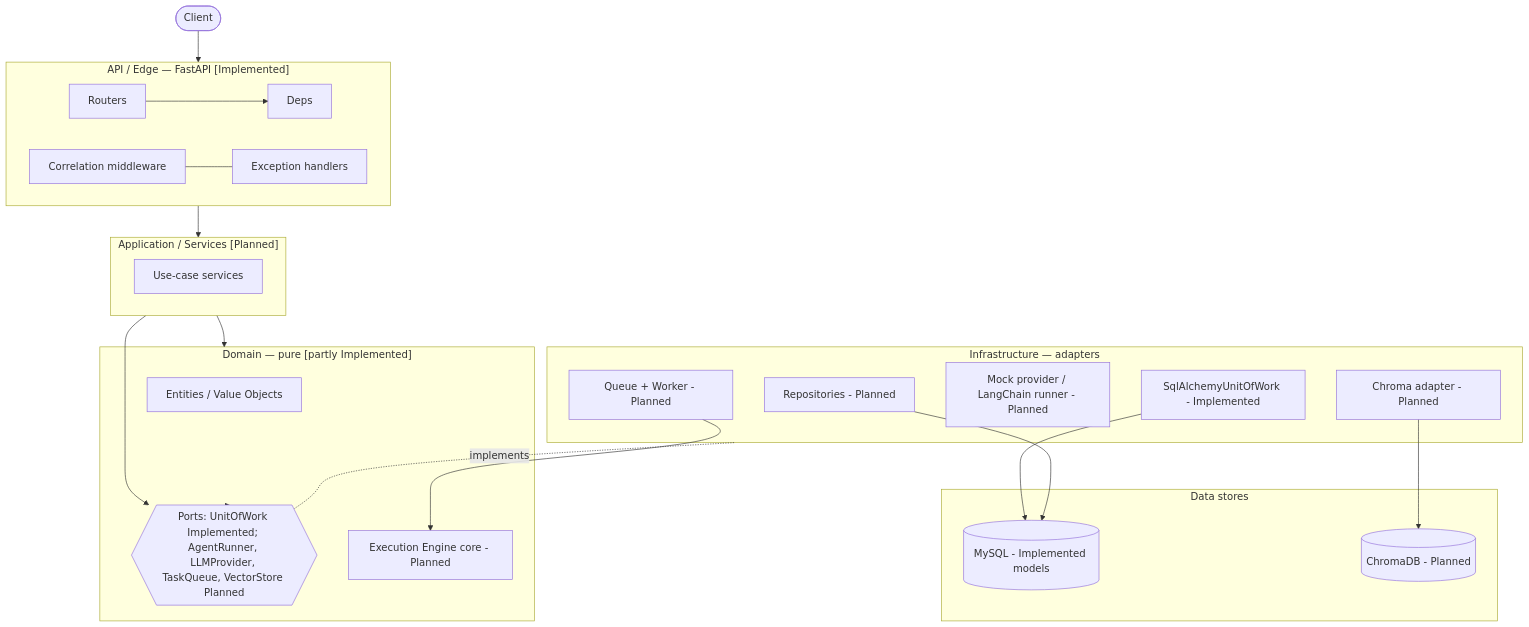
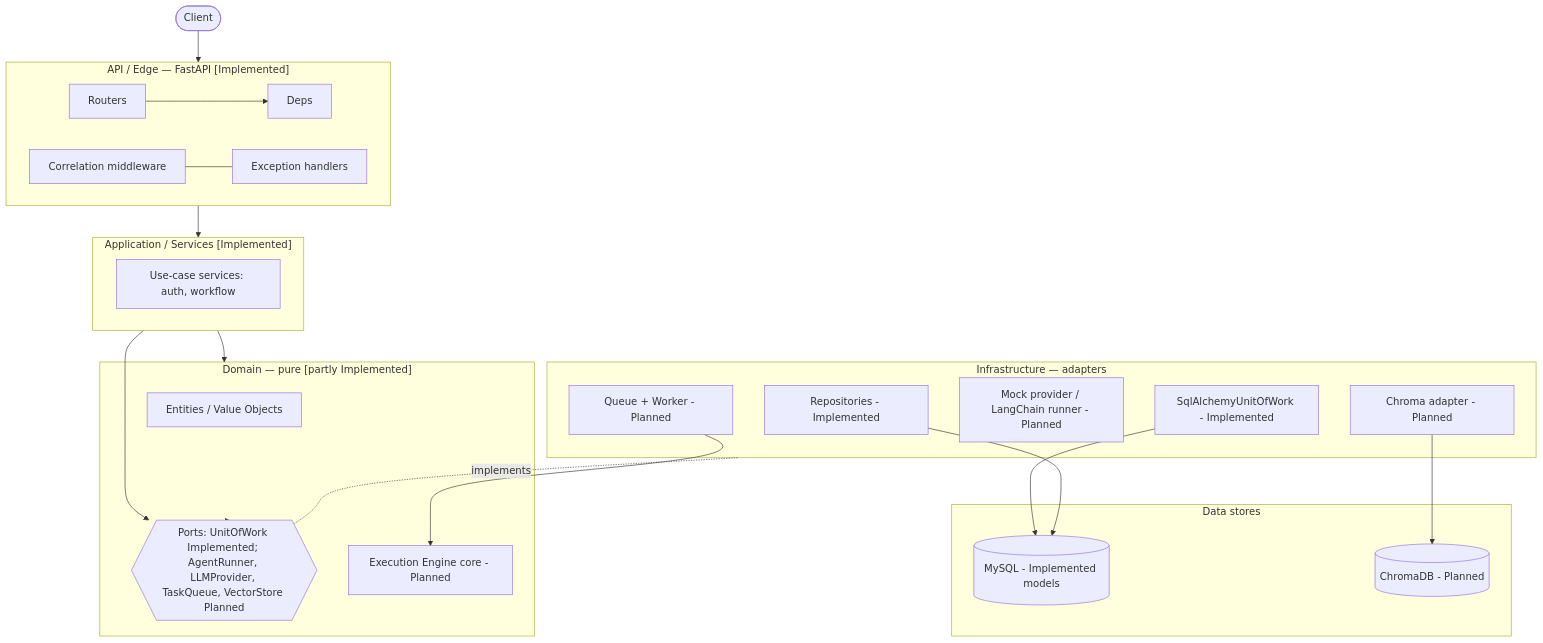
The first of 4 diagrams in docs/architecture.md (adhyannsingal/orqent), drawn with Mermaid before and after one commit. The commit also changed other lines of this file and 5 other files, not shown here.

Commit message:
docs: establish Phase 5 roadmap

````diff
--- a/docs/architecture.md
+++ b/docs/architecture.md
@@ -22,35 +22,35 @@
 ```mermaid
 flowchart TB
     Client([Client])
     subgraph EDGE["API / Edge — FastAPI  [Implemented]"]
         R[Routers] --> D[Deps]
         MW[Correlation middleware] --- EH[Exception handlers]
     end
-    subgraph APP["Application / Services  [Planned]"]
-        SVC[Use-case services]
+    subgraph APP["Application / Services  [Implemented]"]
+        SVC[Use-case services: auth, workflow]
     end
     subgraph DOM["Domain — pure  [partly Implemented]"]
         ENT[Entities / Value Objects]
         PORTS{{Ports: UnitOfWork Implemented; AgentRunner, LLMProvider, TaskQueue, VectorStore Planned}}
         ENG[Execution Engine core - Planned]
     end
     subgraph INFRA["Infrastructure — adapters"]
-        REPO[Repositories - Planned]
+        REPO[Repositories - Implemented]
         UOW[SqlAlchemyUnitOfWork - Implemented]
         LLM[Mock provider / LangChain runner - Planned]
         VEC[Chroma adapter - Planned]
         Q[Queue + Worker - Planned]
     end
     subgraph DATA["Data stores"]
         MYSQL[(MySQL - Implemented models)]
         CHROMA[(ChromaDB - Planned)]
     end
     Client --> EDGE --> APP --> DOM
     APP --> PORTS
     DOM --> PORTS
     INFRA -. implements .- PORTS
     UOW --> MYSQL
     REPO --> MYSQL
     VEC --> CHROMA
     Q --> ENG
 ```
````
